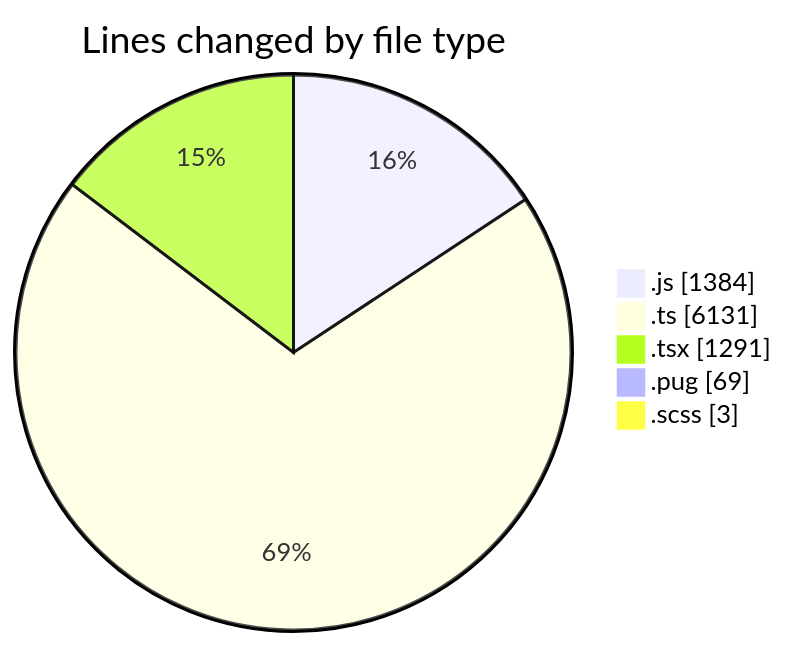
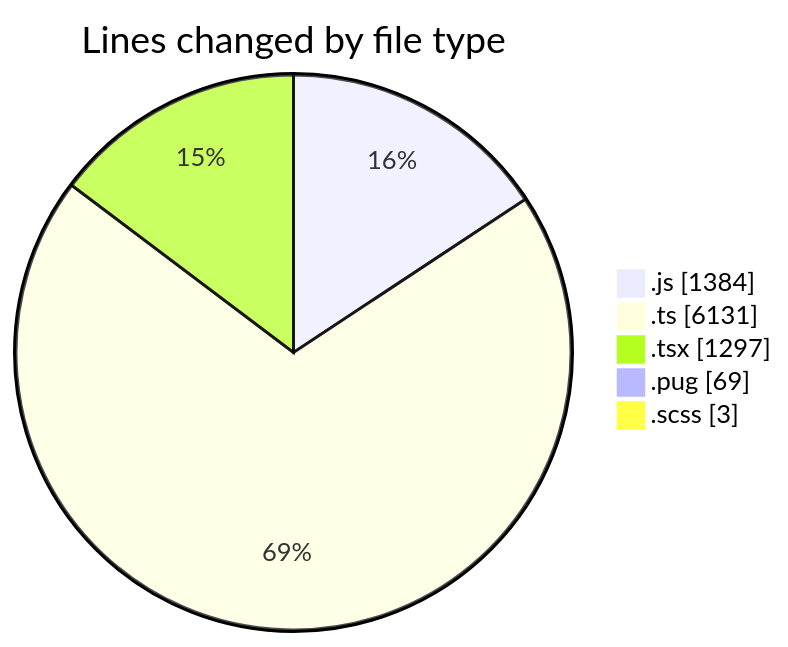
One commit to momahboobian/code-tracking changed the first of 2 diagrams in 2025-03-25/cda/README.md. Above: the diagram before and after it, drawn with Mermaid. The commit also changed other lines of this file and 1 other file, not shown here.

````diff
--- a/2025-03-25/cda/README.md
+++ b/2025-03-25/cda/README.md
@@ -37,9 +37,9 @@
 ```mermaid
 pie showData
 title Lines changed by file type
 ".js" : 1384
 ".ts" : 6131
-".tsx" : 1291
+".tsx" : 1297
 ".pug" : 69
 ".scss" : 3
 ```
````
